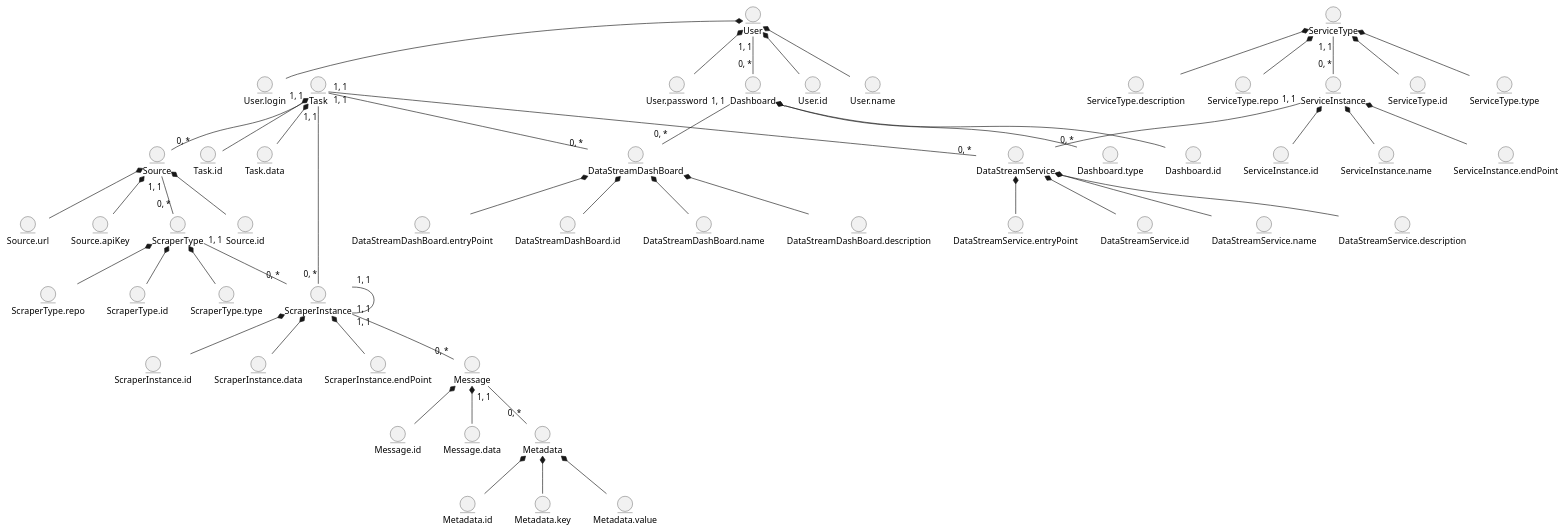
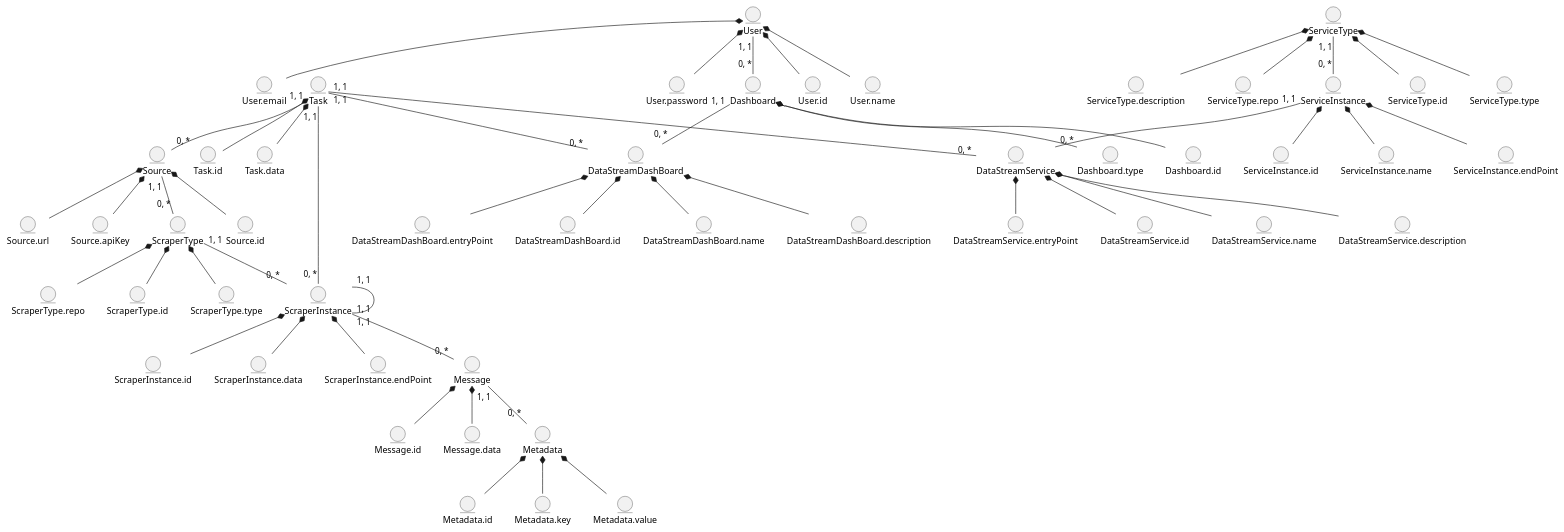
One commit to Pashhaa/media-content-analyze-system changed the first of 2 diagrams in docs/design/README.md. Above: the diagram before and after it, drawn with PlantUML. The commit also changed other lines of this file and 7 other files, not shown here.

```diff
--- a/docs/design/README.md
+++ b/docs/design/README.md
@@ -6,12 +6,12 @@
   entity User
   entity User.id
   entity User.name
-  entity User.login
+  entity User.email
   entity User.password
 
   User *-- User.id
   User *-- User.name
-  User *-- User.login
+  User *-- User.email
   User *-- User.password
 
   entity Dashboard
```
